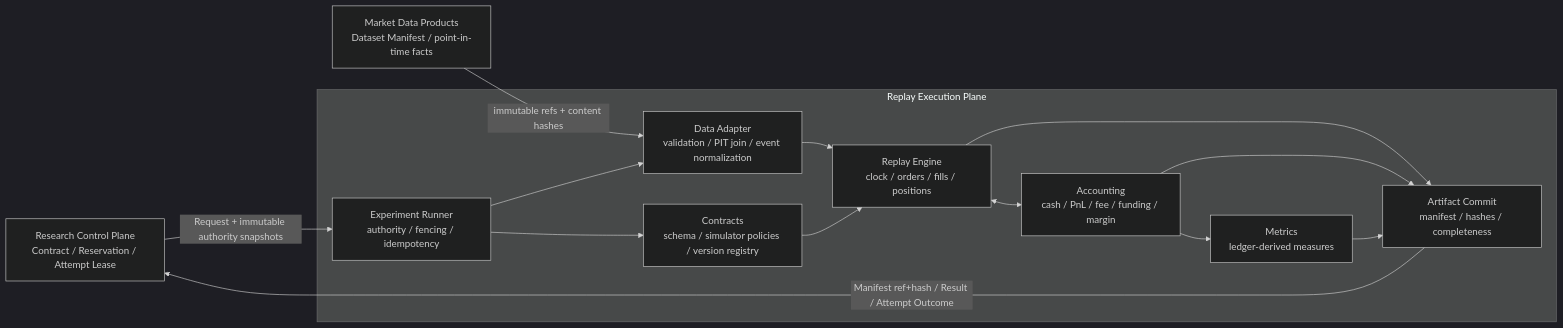
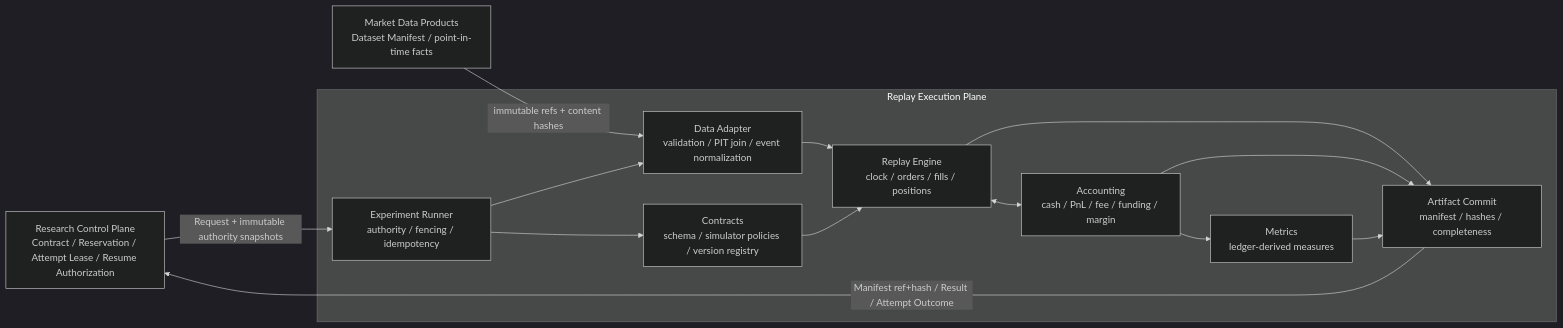
The diagram in docs/rd-replay-execution-plane-design.md (qOeOp/trade), drawn with Mermaid (dark theme) before and after one commit. The commit also changed other lines of this file and 2 other files, not shown here.

Commit message:
Document Control Plane resume authority

````diff
--- a/docs/rd-replay-execution-plane-design.md
+++ b/docs/rd-replay-execution-plane-design.md
@@ -37,26 +37,26 @@
 ```mermaid
 flowchart LR
-  CP["Research Control Plane\nContract / Reservation / Attempt Lease"] -->|"Request + immutable authority snapshots"| RR
+  CP["Research Control Plane\nContract / Reservation / Attempt Lease / Resume Authorization"] -->|"Request + immutable authority snapshots"| RR
   MD["Market Data Products\nDataset Manifest / point-in-time facts"] -->|"immutable refs + content hashes"| DA
 
   subgraph RP["Replay Execution Plane"]
     RR["Experiment Runner\nauthority / fencing / idempotency"]
     CT["Contracts\nschema / simulator policies / version registry"]
     DA["Data Adapter\nvalidation / PIT join / event normalization"]
     EN["Replay Engine\nclock / orders / fills / positions"]
     AC["Accounting\ncash / PnL / fee / funding / margin"]
     MT["Metrics\nledger-derived measures"]
     AR["Artifact Commit\nmanifest / hashes / completeness"]
     RR --> CT
     RR --> DA
     DA --> EN
     CT --> EN
     EN <--> AC
     AC --> MT
     EN --> AR
     AC --> AR
     MT --> AR
   end
 
   AR -->|"Manifest ref+hash / Result / Attempt Outcome"| CP
 ```
````
